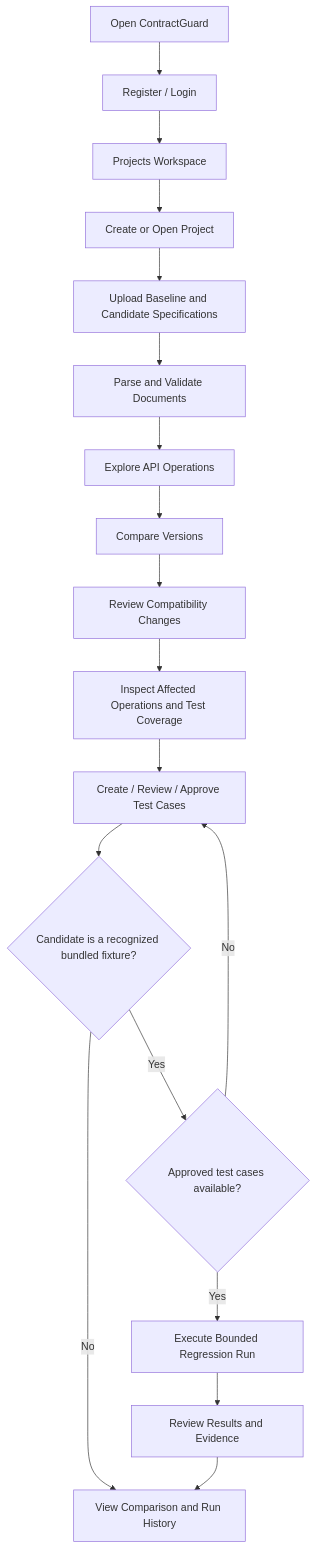
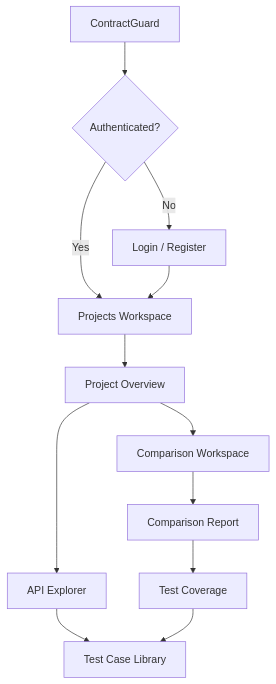
One commit to Swayam-Aggarwal/ContractGuard changed the first of 3 diagrams in docs/AppFlow.md. Above: the diagram before and after it, drawn with Mermaid. The commit also changed other lines of this file and 32 other files, not shown here.

````diff
--- a/docs/AppFlow.md
+++ b/docs/AppFlow.md
@@ -112,37 +144,25 @@
 ```mermaid
 flowchart TD
-    Start["Open ContractGuard"]
-    Auth["Register / Login"]
+    Root["ContractGuard"]
+    Auth{"Authenticated?"}
+    Login["Login / Register"]
     Projects["Projects Workspace"]
-    Project["Create or Open Project"]
-    Upload["Upload Baseline and Candidate Specifications"]
-    Validate["Parse and Validate Documents"]
-    Explorer["Explore API Operations"]
-    Compare["Compare Versions"]
-    Changes["Review Compatibility Changes"]
-    Coverage["Inspect Affected Operations and Test Coverage"]
-    Cases["Create / Review / Approve Test Cases"]
-    Eligible{"Candidate is a recognized bundled fixture?"}
-    Run{"Approved test cases available?"}
-    Execute["Execute Bounded Regression Run"]
-    Evidence["Review Results and Evidence"]
-    History["View Comparison and Run History"]
+    Project["Project Overview"]
+    Explorer["API Explorer"]
+    Comparisons["Comparison Workspace"]
+    Report["Comparison Report"]
+    Cases["Test Case Library"]
+    Coverage["Test Coverage"]
 
-    Start --> Auth
-    Auth --> Projects
+    Root --> Auth
+    Auth -->|"No"| Login
+    Auth -->|"Yes"| Projects
+    Login --> Projects
     Projects --> Project
-    Project --> Upload
-    Upload --> Validate
-    Validate --> Explorer
-    Explorer --> Compare
-    Compare --> Changes
-    Changes --> Coverage
+    Project --> Explorer
+    Project --> Comparisons
+    Explorer --> Cases
+    Comparisons --> Report
+    Report --> Coverage
     Coverage --> Cases
-    Cases --> Eligible
-    Eligible -->|"No"| History
-    Eligible -->|"Yes"| Run
-    Run -->|"No"| Cases
-    Run -->|"Yes"| Execute
-    Execute --> Evidence
-    Evidence --> History
 ```
````
